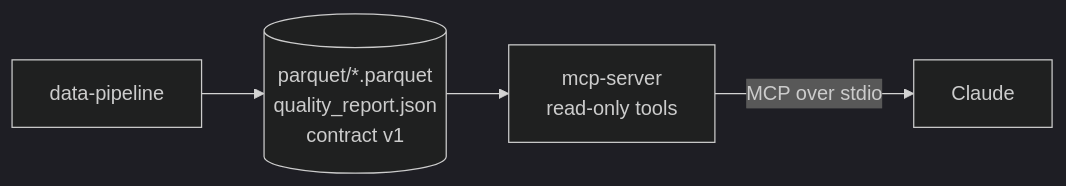
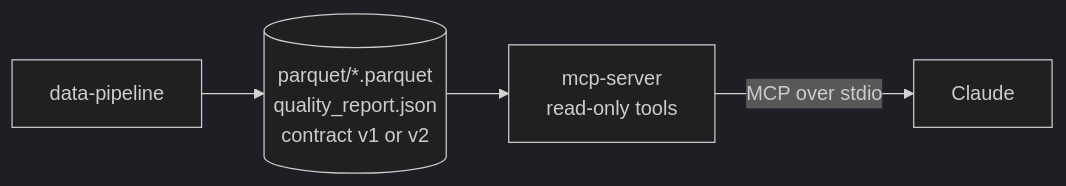
Before and after one commit to yasabbasi/mcp-server: the diagram in README.md, drawn with Mermaid (dark theme). The commit also changed other lines of this file and 6 other files, not shown here.

````diff
--- a/README.md
+++ b/README.md
@@ -5,6 +5,6 @@
 ```mermaid
 flowchart LR
-    pipeline["data-pipeline"] --> outputs[("parquet/*.parquet<br>quality_report.json<br>contract v1")]
+    pipeline["data-pipeline"] --> outputs[("parquet/*.parquet<br>quality_report.json<br>contract v1 or v2")]
     outputs --> server["mcp-server<br>read-only tools"]
     server -- "MCP over stdio" --> claude["Claude"]
 ```
````
